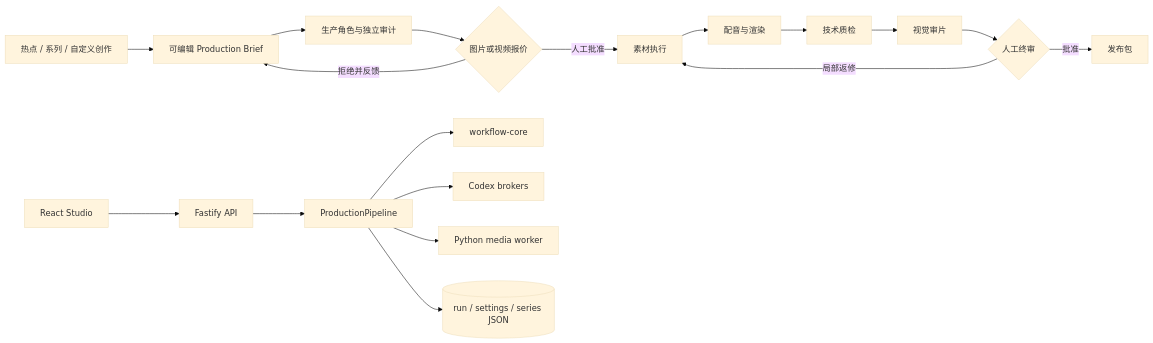
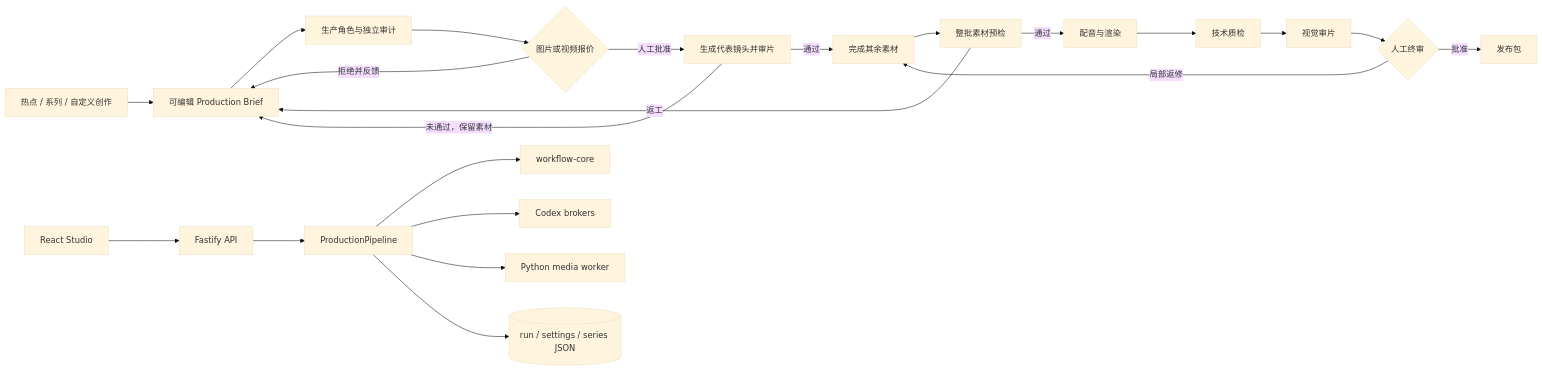
Before and after one commit to yaoziyaoguai/video-factory: the diagram in README.md, drawn with Mermaid (base theme). The commit also changed other lines of this file and 107 other files, not shown here.

````diff
--- a/README.md
+++ b/README.md
@@ -24,21 +27,25 @@
 ```mermaid
 flowchart LR
     S[热点 / 系列 / 自定义创作] --> B[可编辑 Production Brief]
     B --> A[生产角色与独立审计]
     A --> Q{图片或视频报价}
     Q -->|拒绝并反馈| B
-    Q -->|人工批准| M[素材执行]
-    M --> V[配音与渲染]
+    Q -->|人工批准| PILOT[生成代表镜头并审片]
+    PILOT -->|通过| M[完成其余素材]
+    PILOT -->|未通过，保留素材| B
+    M --> CHECK[整批素材预检]
+    CHECK -->|通过| V[配音与渲染]
+    CHECK -->|返工| B
     V --> T[技术质检]
     T --> R[视觉审片]
     R --> H{人工终审}
     H -->|局部返修| M
     H -->|批准| P[发布包]
 
     C[React Studio] --> API[Fastify API]
     API --> PIPE[ProductionPipeline]
     PIPE --> CORE[workflow-core]
     PIPE --> BROKER[Codex brokers]
     PIPE --> WORKER[Python media worker]
     PIPE --> STORE[(run / settings / series JSON)]
 ```
````
